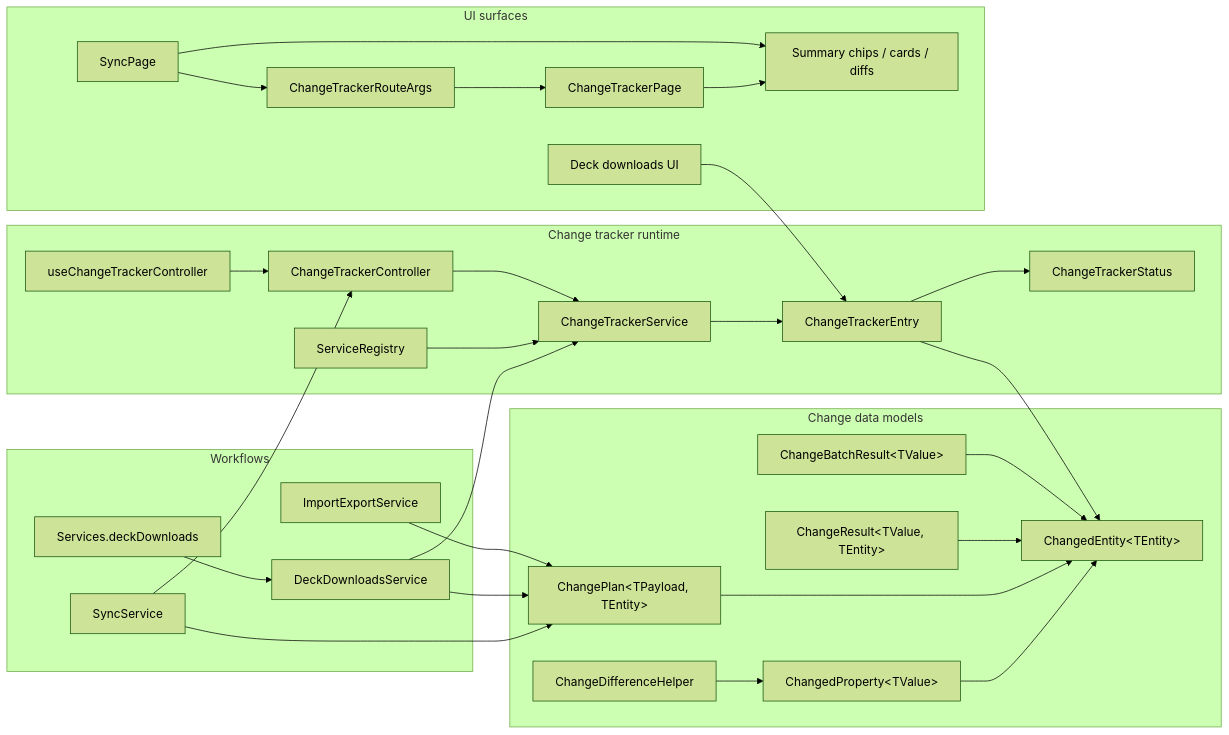
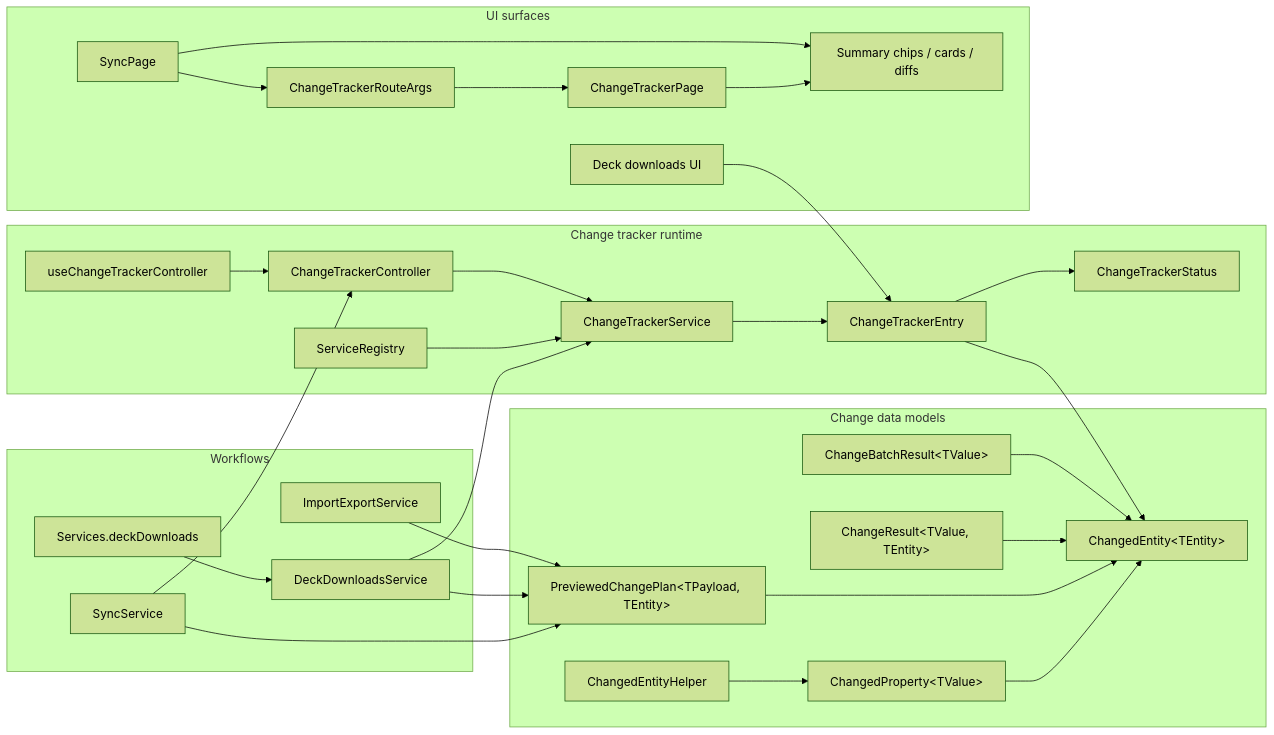
The first of 5 diagrams in lib/features/change_tracker/documentation/change_tracker.md (GuyWithBag/boo_mondai), drawn with Mermaid (forest theme) before and after one commit. The commit also changed other lines of this file and 101 other files, not shown here.

````diff
--- a/lib/features/change_tracker/documentation/change_tracker.md
+++ b/lib/features/change_tracker/documentation/change_tracker.md
@@ -34,58 +34,58 @@
 ```mermaid
 flowchart LR
     subgraph Workflows
         Sync[SyncService]
         DeckDownloads[DeckDownloadsService]
         ImportExport[ImportExportService]
         AppServices[Services.deckDownloads]
     end
 
     subgraph DataModels[Change data models]
-        Preview["ChangePlan&lt;TPayload, TEntity&gt;"]
+        Preview["PreviewedChangePlan&lt;TPayload, TEntity&gt;"]
         Result["ChangeResult&lt;TValue, TEntity&gt;"]
         BatchResult["ChangeBatchResult&lt;TValue&gt;"]
         Record["ChangedEntity&lt;TEntity&gt;"]
         Property["ChangedProperty&lt;TValue&gt;"]
-        Comparer[ChangeDifferenceHelper]
+        Comparer[ChangedEntityHelper]
     end
 
     subgraph Tracker[Change tracker runtime]
         Registry[ServiceRegistry]
         ServiceRuntime[ChangeTrackerService]
         Controller[ChangeTrackerController]
         Hook[useChangeTrackerController]
         Entry[ChangeTrackerEntry]
         Status[ChangeTrackerStatus]
     end
 
     subgraph UI[UI surfaces]
         RouteArgs[ChangeTrackerRouteArgs]
         ReviewPage[ChangeTrackerPage]
         SyncPage[SyncPage]
         Downloads[Deck downloads UI]
         Widgets[Summary chips / cards / diffs]
     end
 
     Sync --> Preview
     DeckDownloads --> Preview
     ImportExport --> Preview
     Comparer --> Property
     Property --> Record
     Preview --> Record
     Result --> Record
     BatchResult --> Record
     Sync --> Controller
     AppServices --> DeckDownloads
     DeckDownloads --> ServiceRuntime
     Registry --> ServiceRuntime
     Controller --> ServiceRuntime
     Hook --> Controller
     ServiceRuntime --> Entry
     Entry --> Status
     Entry --> Record
     SyncPage --> RouteArgs
     RouteArgs --> ReviewPage
     ReviewPage --> Widgets
     SyncPage --> Widgets
     Downloads --> Entry
 ```
````
